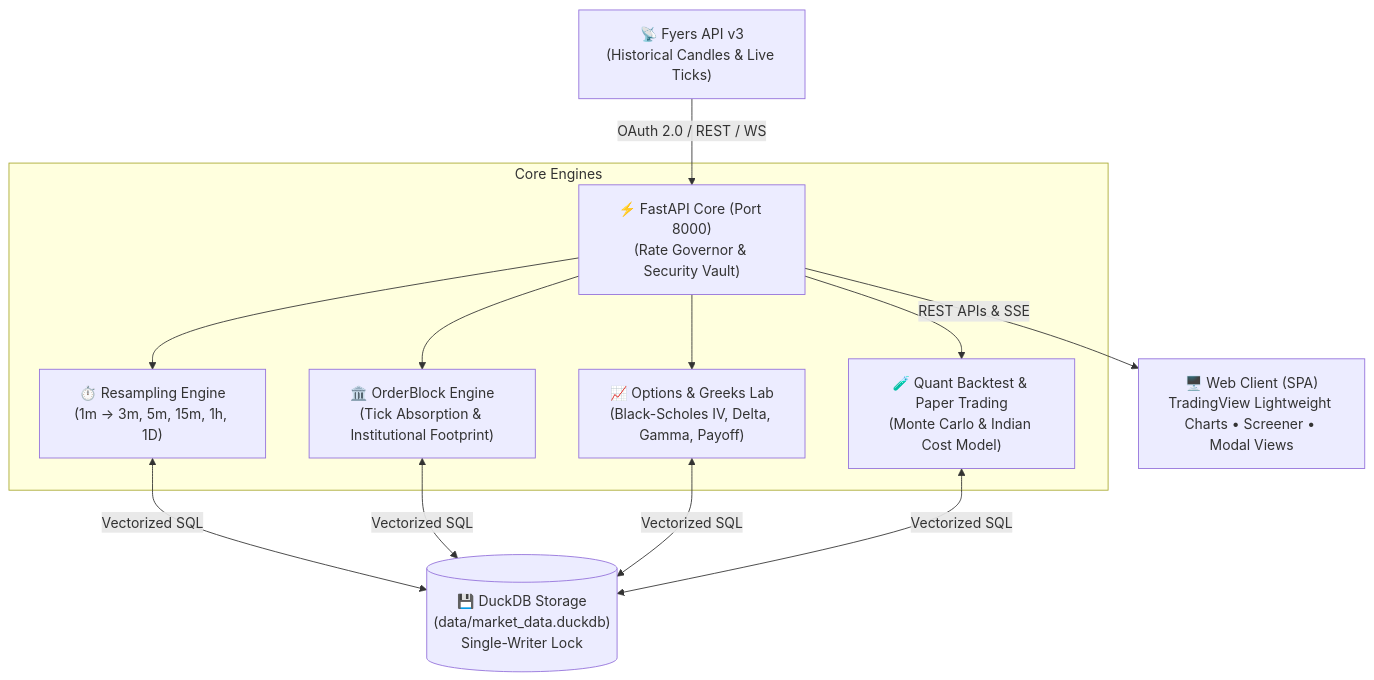
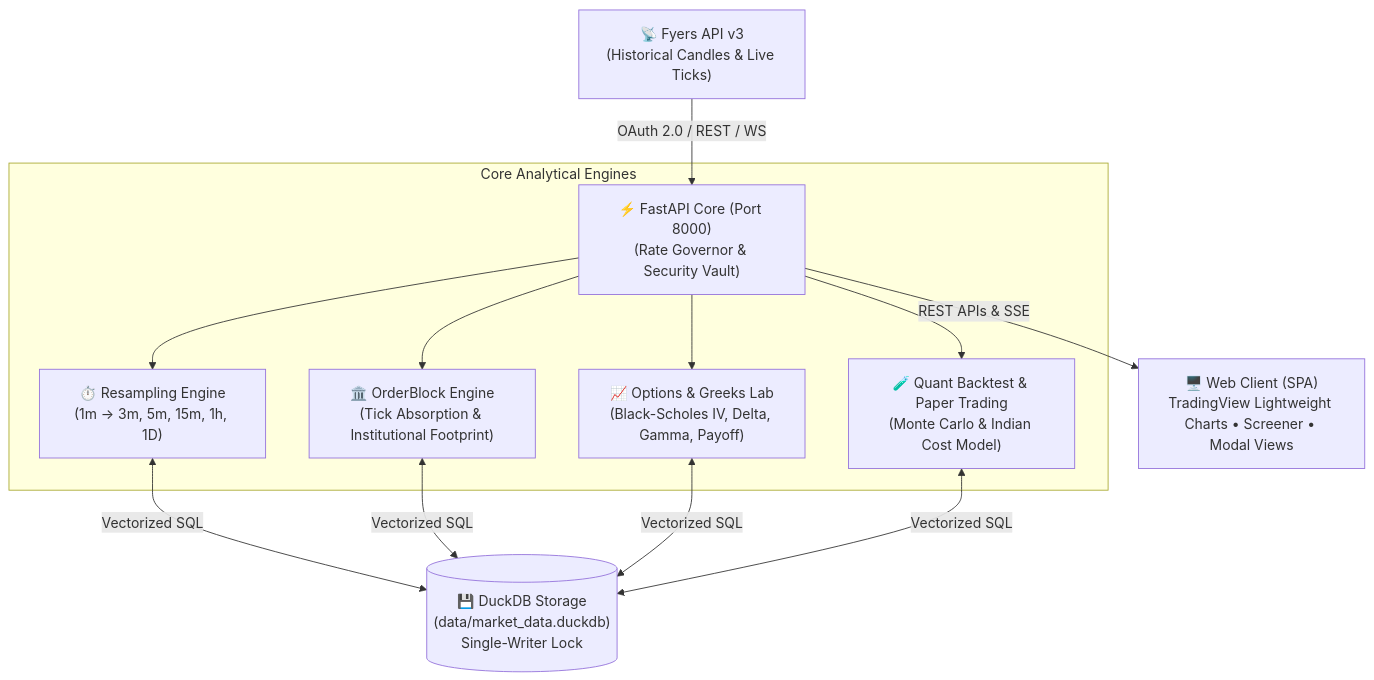
The diagram in README.md (kaviyarasu-dev/vexo), drawn with Mermaid before and after one commit. The commit also changed other lines of this file and 1 other file, not shown here.

````diff
--- a/README.md
+++ b/README.md
@@ -15,15 +15,15 @@
 ```mermaid
 graph TD
     A["📡 Fyers API v3<br/>(Historical Candles & Live Ticks)"] -->|OAuth 2.0 / REST / WS| B["⚡ FastAPI Core (Port 8000)<br/>(Rate Governor & Security Vault)"]
     
-    subgraph Core Engines
+    subgraph Core Analytical Engines
         B --> C["⏱️ Resampling Engine<br/>(1m → 3m, 5m, 15m, 1h, 1D)"]
         B --> D["🏛️ OrderBlock Engine<br/>(Tick Absorption & Institutional Footprint)"]
         B --> E["📈 Options & Greeks Lab<br/>(Black-Scholes IV, Delta, Gamma, Payoff)"]
         B --> F["🧪 Quant Backtest & Paper Trading<br/>(Monte Carlo & Indian Cost Model)"]
     end
     
     C & D & E & F <-->|Vectorized SQL| G[("💾 DuckDB Storage<br/>(data/market_data.duckdb)<br/>Single-Writer Lock")]
     
     B -->|REST APIs & SSE| H["🖥️ Web Client (SPA)<br/>TradingView Lightweight Charts • Screener • Modal Views"]
 ```
````
